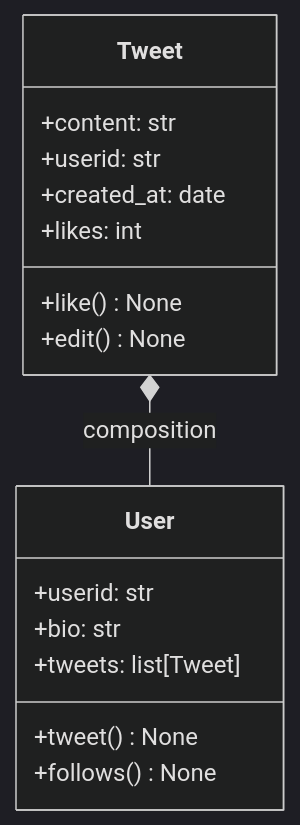
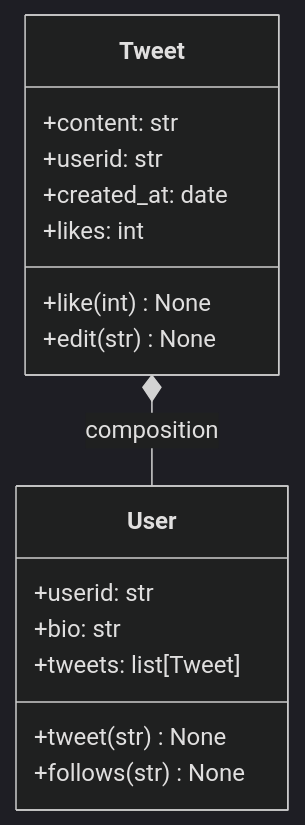
The diagram in src/site/notes/1️⃣ School 🎓/Winter 2023/CSC148/Lecture Notes/Week 2.1 - Classes.md (OulinG138/My-Notes---digitalgarden), drawn with Mermaid (dark theme) before and after one commit.

Commit message:
Update note 1️⃣ School 🎓/Winter 2023/CSC148/Lecture Notes/Week 2.1 - Classes.md

````diff
--- a/src/site/notes/1️⃣ School 🎓/Winter 2023/CSC148/Lecture Notes/Week 2.1 - Classes.md
+++ b/src/site/notes/1️⃣ School 🎓/Winter 2023/CSC148/Lecture Notes/Week 2.1 - Classes.md
@@ -31,20 +31,20 @@
 ```mermaid
 classDiagram
 direction TD
 	Tweet *-- User: composition
 	class Tweet{
 		+content: str
 		+userid: str
 		+created_at: date
 		+likes: int
-		+like() None
-		+edit() None
+		+like(int) None
+		+edit(str) None
 		}
 	class User{
 		+userid: str
 		+bio: str
 		+tweets: list[Tweet]  
-		+tweet() None
-		+follows() None
+		+tweet(str) None
+		+follows(str) None
 	}
 ```
````
